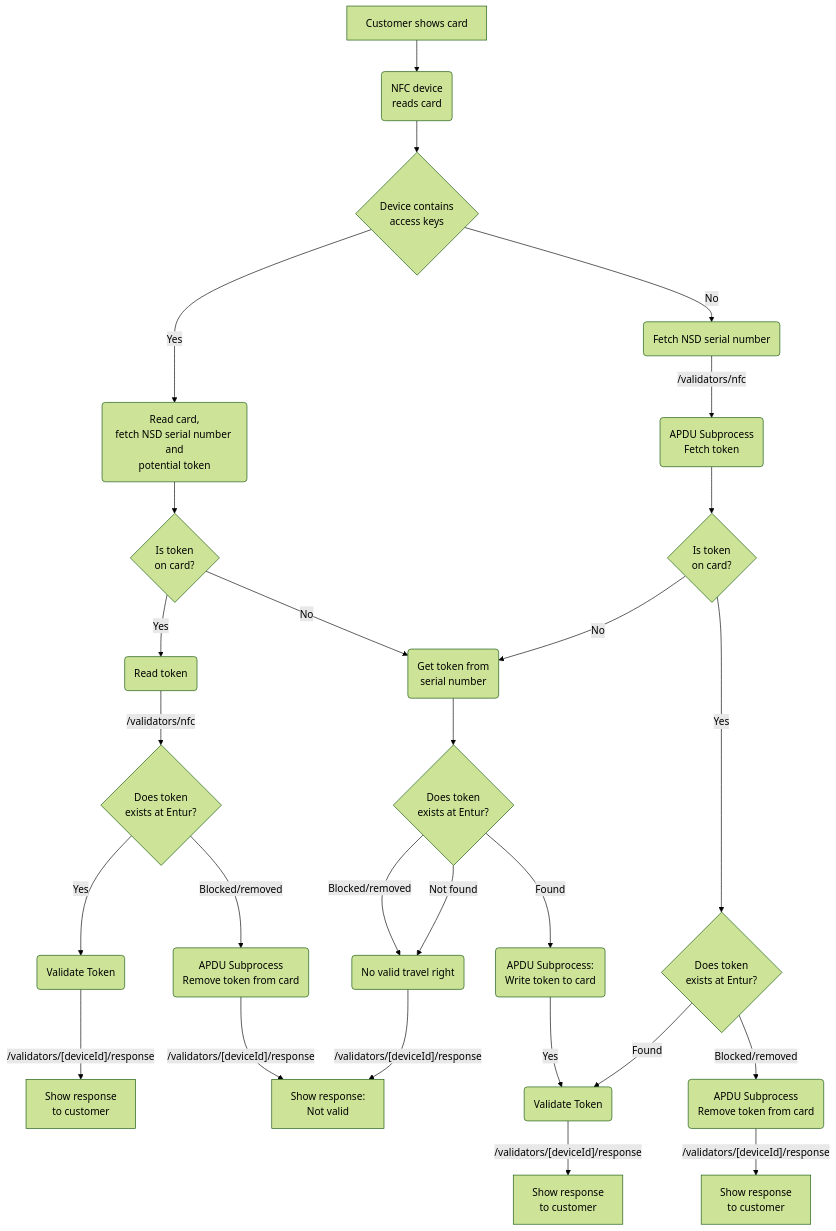
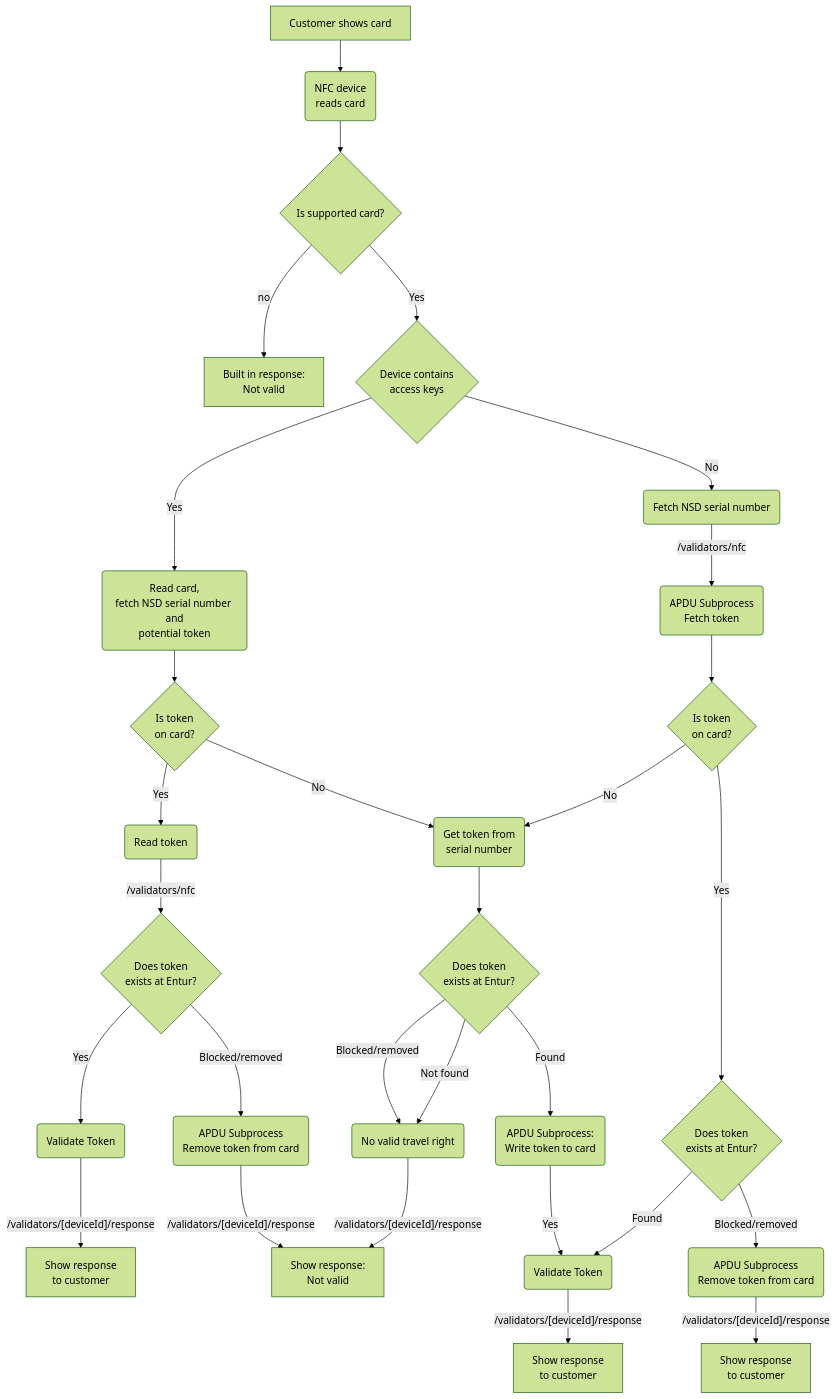
The diagram in specifications/validators/nfc/nfc.md (mrfylke/frammr-mqtt-validator), drawn with Mermaid (forest theme) before and after one commit.

Commit message:
fix: adds supported card to flow diagram

````diff
--- a/specifications/validators/nfc/nfc.md
+++ b/specifications/validators/nfc/nfc.md
@@ -39,42 +39,48 @@
 ```mermaid
 flowchart TD
     A[Customer shows card] --> B(NFC device\nreads card)
-    B --> C{Device contains\naccess keys}
+
+    B --> B1{Is supported card?}
+    B1 -->|no| ResponseInvalid_0[Built in response:\n Not valid]
+
+
+
+    B1 -->|Yes| C{Device contains\naccess keys}
 
     C -->|Yes| AC1(Read card,\nfetch NSD serial number and\npotential token)
     AC1 --> AC2{Is token\non card?}
     AC2 -->|Yes| AC3(Read token)
     AC3 -->|/validators/nfc| AC4{Does token\nexists at Entur?}
     AC4 -->|Yes| AC5(Validate Token)
     AC5 -->|"/validators/[deviceId]/response"| AC6[Show response\nto customer]
     AC4 -->|Blocked/removed| AC7(APDU Subprocess\nRemove token from card)
     AC7 -->|"/validators/[deviceId]/response"| ResponseInvalid
 
 
     C -->|No| NAC1(Fetch NSD serial number)
     NAC1 -->|/validators/nfc| NAC2(APDU Subprocess\nFetch token)
     NAC2 --> NAC3{Is token\non card?}
 
     AC2 -->|No| NoToken(Get token from\nserial number)
 
     NAC3 -->|No| NoToken
     NAC3 -->|Yes| NACToken1{Does token\nexists at Entur?}
 
     NACToken1 -->|Blocked/removed| NACToken1No(APDU Subprocess\nRemove token from card)
     NACToken1No  -->|"/validators/[deviceId]/response"| NACToken1NoResponse[Show response\nto customer]
 
 
 
     NoToken --> FetchTokenStatus{Does token\nexists at Entur?}
     FetchTokenStatus-->|Blocked/removed| FetchTokenInvalid(No valid travel right)
     FetchTokenStatus-->|Not found| FetchTokenInvalid
     FetchTokenInvalid -->|"/validators/[deviceId]/response"| ResponseInvalid[Show response:\n Not valid]
 
     FetchTokenStatus-->|Found| FetchTokenFound(APDU Subprocess:\nWrite token to card)
 
     FetchTokenFound -->|Yes| FetchTokenFoundValidate(Validate Token)
     FetchTokenFoundValidate -->|"/validators/[deviceId]/response"| FetchTokenResponse[Show response\nto customer]
 
     NACToken1 -->|Found| FetchTokenFoundValidate
 
 ```
````
